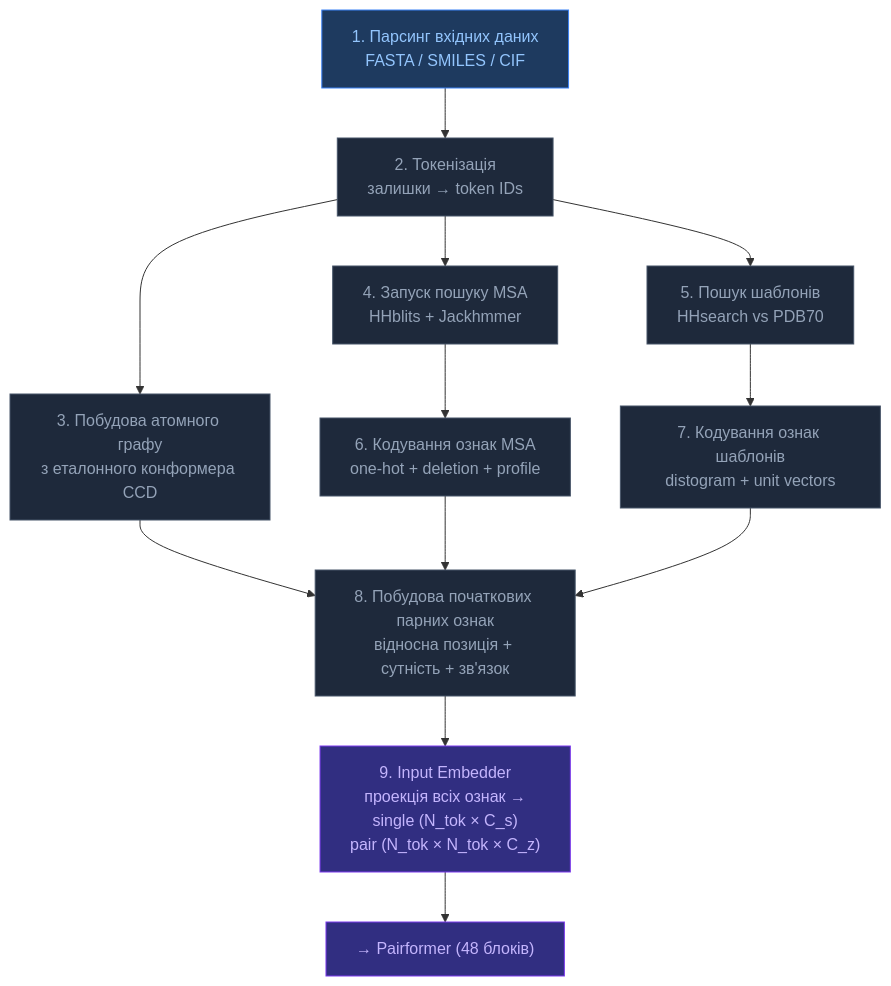
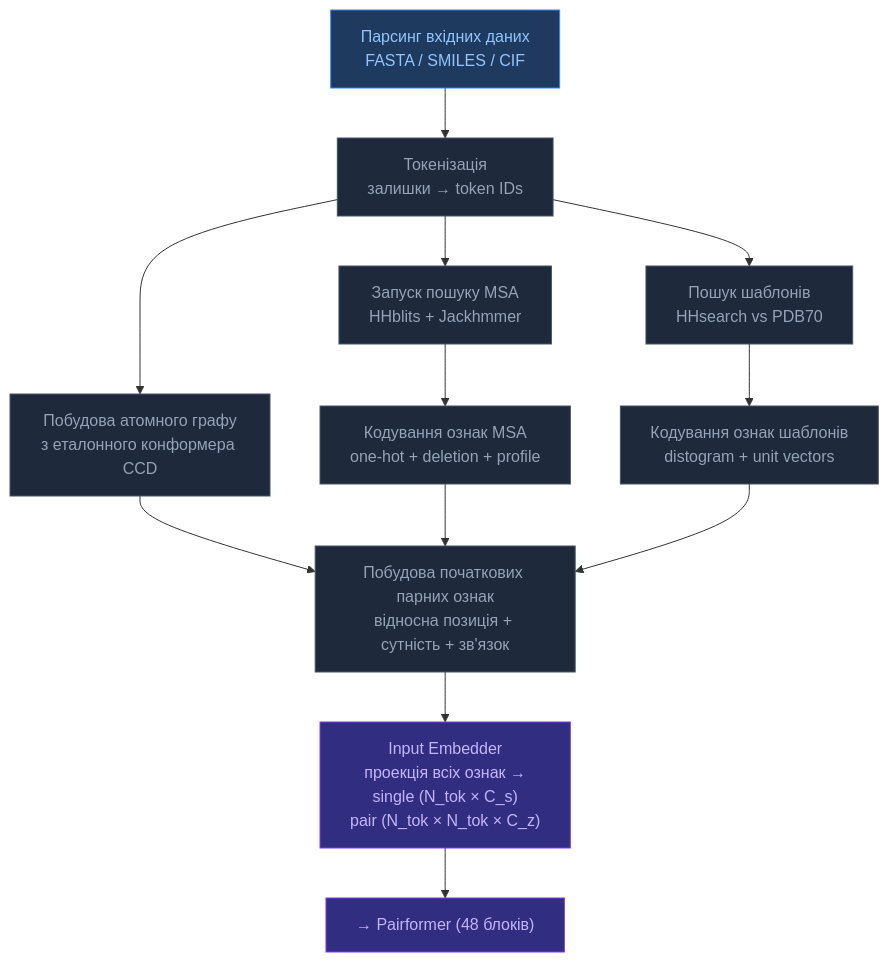
Before and after one commit to OlehVolkov/AlphaFold3-AIGen-KnowledgeBase: the third of 3 diagrams in UA/1. AlphaFold3/1.2. Архітектура/1.2.6. Featurization.md, drawn with Mermaid. The commit also changed other lines of this file and 133 other files, not shown here.

````diff
--- a/UA/1. AlphaFold3/1.2. Архітектура/1.2.6. Featurization.md
+++ b/UA/1. AlphaFold3/1.2. Архітектура/1.2.6. Featurization.md
@@ -164,22 +164,25 @@
 ```mermaid
 flowchart TD
-    A["1. Парсинг вхідних даних<br/>FASTA / SMILES / CIF"]:::input
-    B["2. Токенізація<br/>залишки → token IDs"]:::proc
-    C["3. Побудова атомного графу<br/>з еталонного конформера CCD"]:::proc
-    D["4. Запуск пошуку MSA<br/>HHblits + Jackhmmer"]:::proc
-    E["5. Пошук шаблонів<br/>HHsearch vs PDB70"]:::proc
-    F["6. Кодування ознак MSA<br/>one-hot + deletion + profile"]:::proc
-    G["7. Кодування ознак шаблонів<br/>distogram + unit vectors"]:::proc
-    H["8. Побудова початкових парних ознак<br/>відносна позиція + сутність + зв'язок"]:::proc
-    I["9. Input Embedder<br/>проекція всіх ознак →<br/>single (N_tok × C_s)<br/>pair (N_tok × N_tok × C_z)"]:::trunk
+    A["Парсинг вхідних даних<br/>FASTA / SMILES / CIF"]:::input
+    B["Токенізація<br/>залишки → token IDs"]:::neutral
+    C["Побудова атомного графу<br/>з еталонного конформера CCD"]:::neutral
+    D["Запуск пошуку MSA<br/>HHblits + Jackhmmer"]:::neutral
+    E["Пошук шаблонів<br/>HHsearch vs PDB70"]:::neutral
+    F["Кодування ознак MSA<br/>one-hot + deletion + profile"]:::neutral
+    G["Кодування ознак шаблонів<br/>distogram + unit vectors"]:::neutral
+    H["Побудова початкових парних ознак<br/>відносна позиція + сутність + зв'язок"]:::neutral
+    I["Input Embedder<br/>проекція всіх ознак →<br/>single (N_tok × C_s)<br/>pair (N_tok × N_tok × C_z)"]:::trunk
     J["→ Pairformer (48 блоків)"]:::trunk
 
     A --> B --> C
     B --> D --> F
     B --> E --> G
     C & F & G --> H --> I --> J
 
     classDef input fill:#1e3a5f,stroke:#3b82f6,color:#93c5fd
-    classDef proc  fill:#1e293b,stroke:#475569,color:#94a3b8
     classDef trunk fill:#312e81,stroke:#7c3aed,color:#c4b5fd
+    classDef diffusion fill:#3f1d2e,stroke:#ec4899,color:#f9a8d4
+    classDef confidence fill:#3f3a1d,stroke:#f59e0b,color:#fde68a
+    classDef output fill:#14532d,stroke:#22c55e,color:#86efac
+    classDef neutral fill:#1e293b,stroke:#475569,color:#94a3b8
 ```
````
